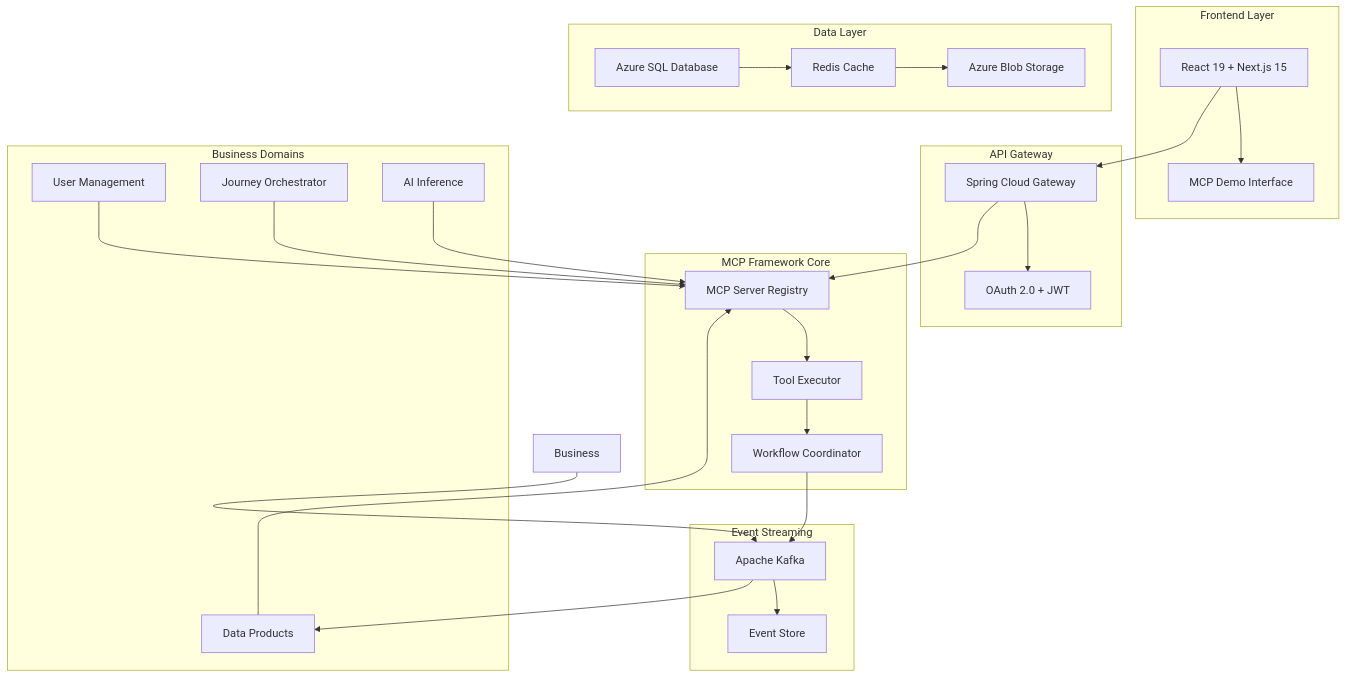
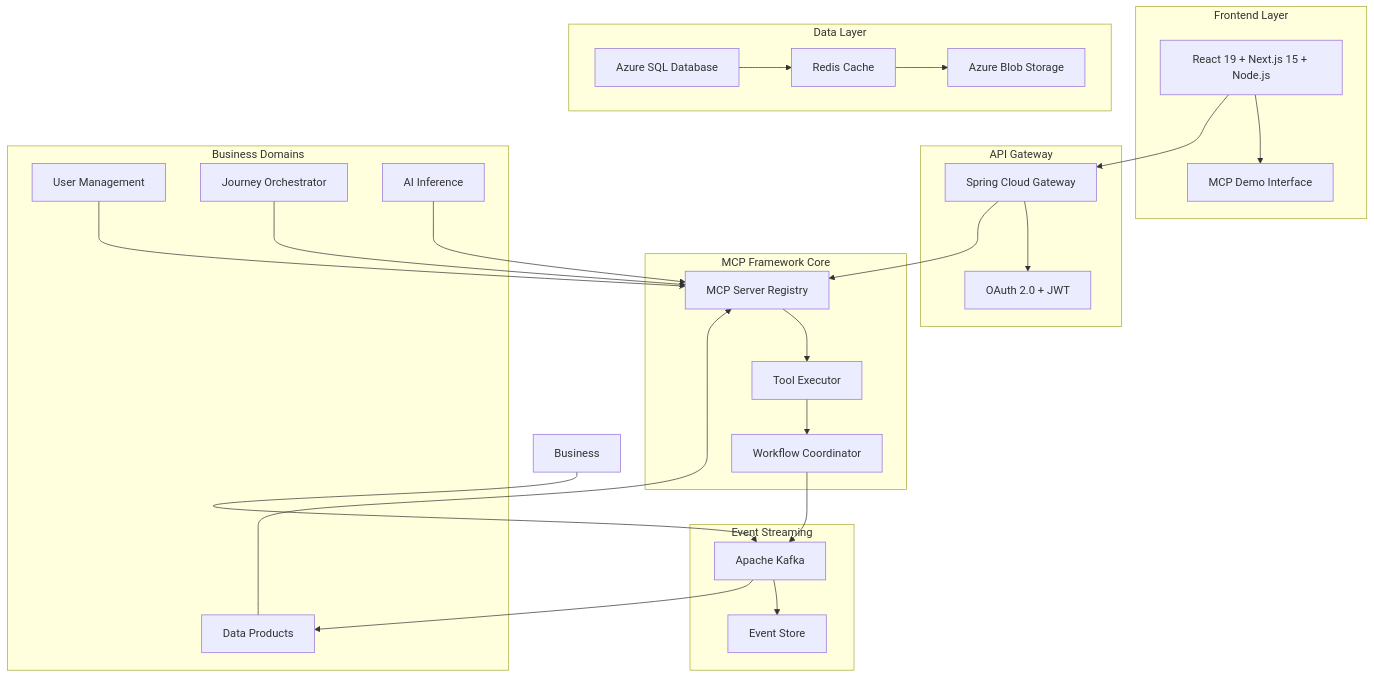
One commit to calvinlee999/react_next_java_journey changed the first of 5 diagrams in README.md. Above: the diagram before and after it, drawn with Mermaid. The commit also changed other lines of this file and 1 other file, not shown here.

Commit message:
fix: Update Frontend technology specification to reflect complete stack
- Enhanced Frontend technology from 'React 19 + Next.js 15' to 'React 19 + Next.js 15 + Node.js'
- Updated Modern Stack description to include Node.js runtime
- Updated UI layer in system architecture diagram to reflect complete technology stack
- Ensures accurate representation of full-stack JavaScript/TypeScript implementation
- Technical accuracy in architecture documentation maintained

````diff
--- a/README.md
+++ b/README.md
@@ -20,57 +20,57 @@
 ```mermaid
 graph TB
     subgraph "Frontend Layer"
-        UI[React 19 + Next.js 15]
+        UI[React 19 + Next.js 15 + Node.js]
         Demo[MCP Demo Interface]
         UI --> Demo
     end
     
     subgraph "API Gateway"
         Gateway[Spring Cloud Gateway]
         Auth[OAuth 2.0 + JWT]
         Gateway --> Auth
     end
     
     subgraph "MCP Framework Core"
         Registry[MCP Server Registry]
         Executor[Tool Executor]
         Coordinator[Workflow Coordinator]
         
         Registry --> Executor
         Executor --> Coordinator
     end
     
     subgraph "Business Domains"
         User[User Management]
         Journey[Journey Orchestrator]
         AI[AI Inference]
         Data[Data Products]
         
         User --> Registry
         Journey --> Registry
         AI --> Registry
         Data --> Registry
     end
     
     subgraph "Event Streaming"
         Kafka[Apache Kafka]
         Events[Event Store]
         
         Kafka --> Events
     end
     
     subgraph "Data Layer"
         Azure[Azure SQL Database]
         Redis[Redis Cache]
         Blob[Azure Blob Storage]
         
         Azure --> Redis
         Redis --> Blob
     end
     
     UI --> Gateway
     Gateway --> Registry
     Coordinator --> Kafka
     Business --> Kafka
     Kafka --> Data
 ```
````
